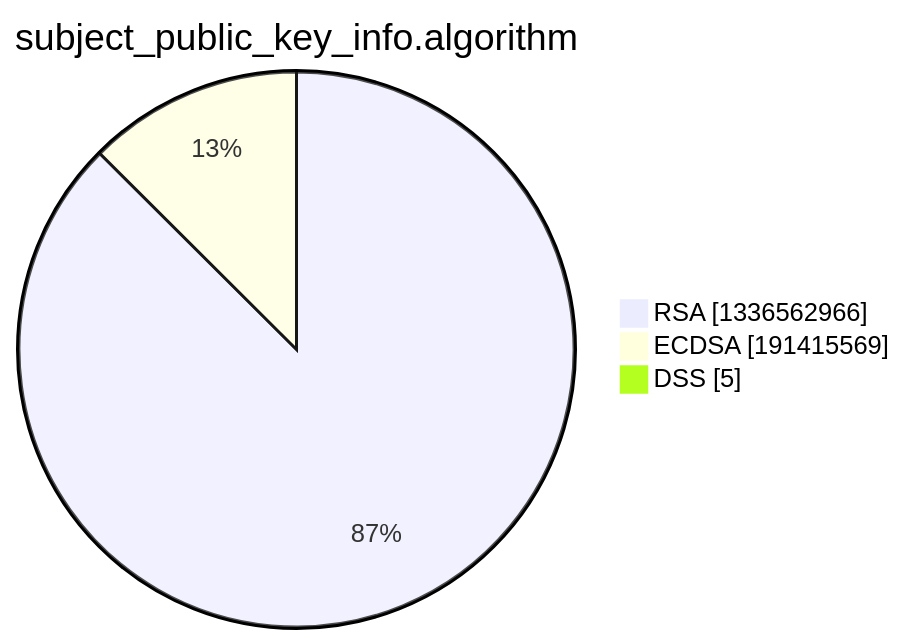
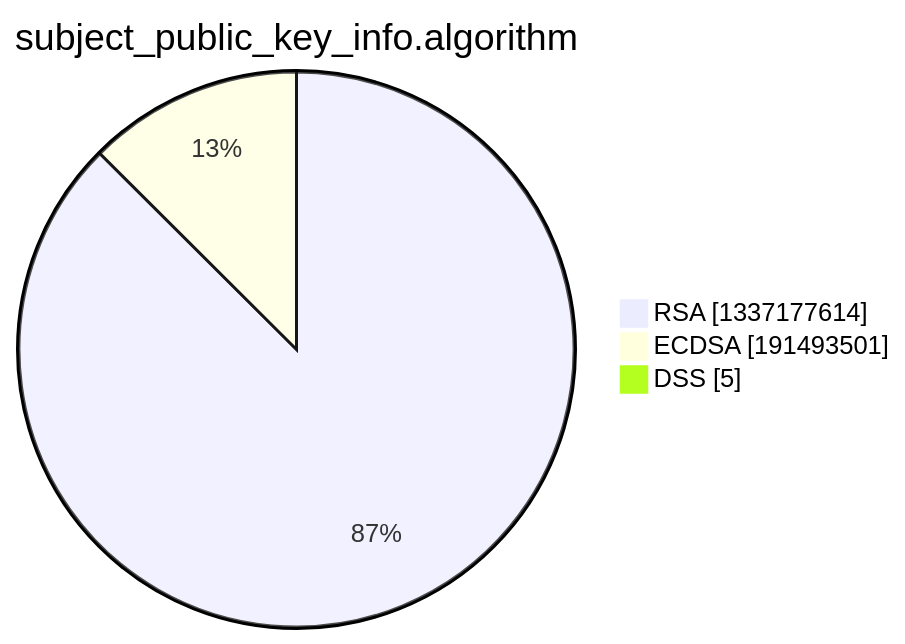
The third of 15 diagrams in xenon2022/README.md (christiankrug/ctmonitor_visualization), drawn with Mermaid before and after one commit. The commit also changed other lines of this file, not shown here.

````diff
--- a/xenon2022/README.md
+++ b/xenon2022/README.md
@@ -14,7 +14,7 @@
 ```mermaid
 pie showData
 title subject_public_key_info.algorithm
-"RSA" :1336562966
-"ECDSA" :191415569
+"RSA" :1337177614
+"ECDSA" :191493501
 "DSS" :5
 ```
````
